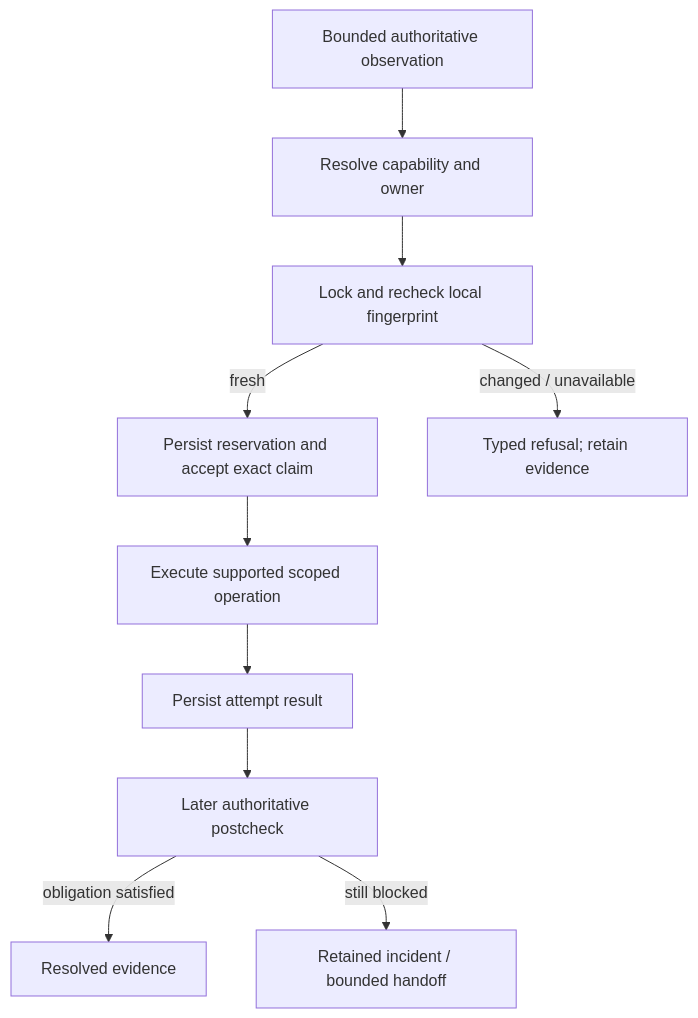
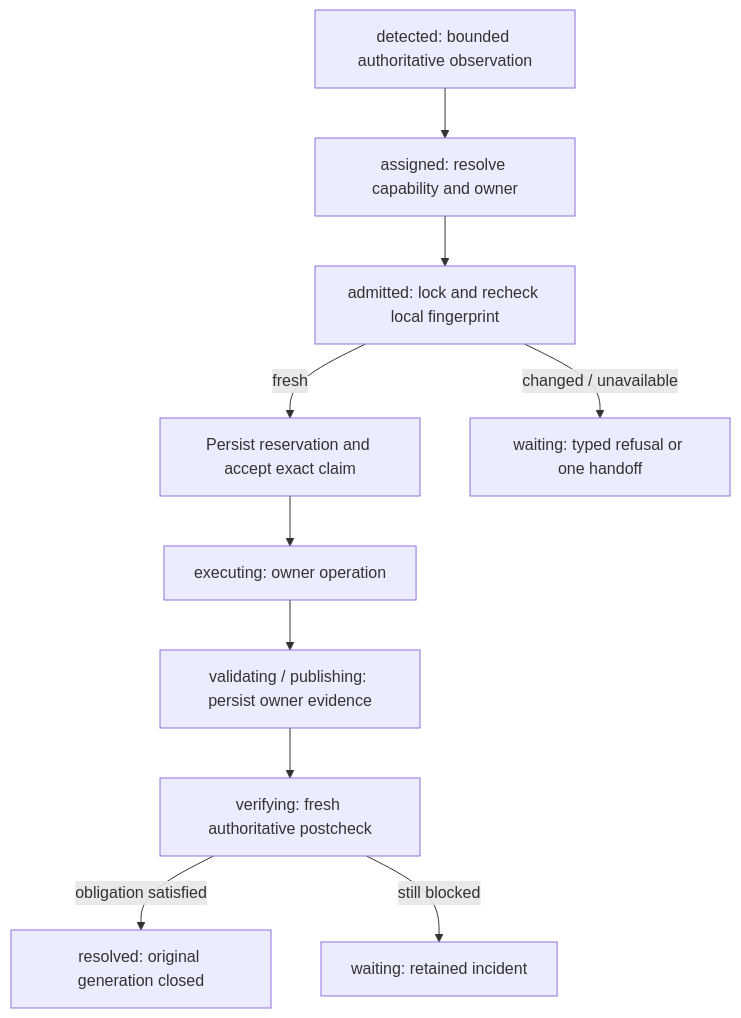
One commit to vincentc-b/CascadeCode changed the diagram in cascade/watchdog/DESIGN.md. Above: the diagram before and after it, drawn with Mermaid. The commit also changed other lines of this file and 18 other files, not shown here.

First line of the commit message:
task/task_048_002_002: Route bounded incidents through accountable owner tools and independent postcheck

````diff
--- a/cascade/watchdog/DESIGN.md
+++ b/cascade/watchdog/DESIGN.md
@@ -291,12 +298,12 @@
 ```mermaid
 flowchart TD
-    Observe[Bounded authoritative observation] --> Capability[Resolve capability and owner]
-    Capability --> Recheck[Lock and recheck local fingerprint]
+    Observe[detected: bounded authoritative observation] --> Capability[assigned: resolve capability and owner]
+    Capability --> Recheck[admitted: lock and recheck local fingerprint]
     Recheck -->|fresh| Reserve[Persist reservation and accept exact claim]
-    Recheck -->|changed / unavailable| Refuse[Typed refusal; retain evidence]
-    Reserve --> Execute[Execute supported scoped operation]
-    Execute --> Result[Persist attempt result]
-    Result --> Verify[Later authoritative postcheck]
-    Verify -->|obligation satisfied| Resolved[Resolved evidence]
-    Verify -->|still blocked| Pending[Retained incident / bounded handoff]
+    Recheck -->|changed / unavailable| Refuse[waiting: typed refusal or one handoff]
+    Reserve --> Execute[executing: owner operation]
+    Execute --> Result[validating / publishing: persist owner evidence]
+    Result --> Verify[verifying: fresh authoritative postcheck]
+    Verify -->|obligation satisfied| Resolved[resolved: original generation closed]
+    Verify -->|still blocked| Pending[waiting: retained incident]
 ```
````
